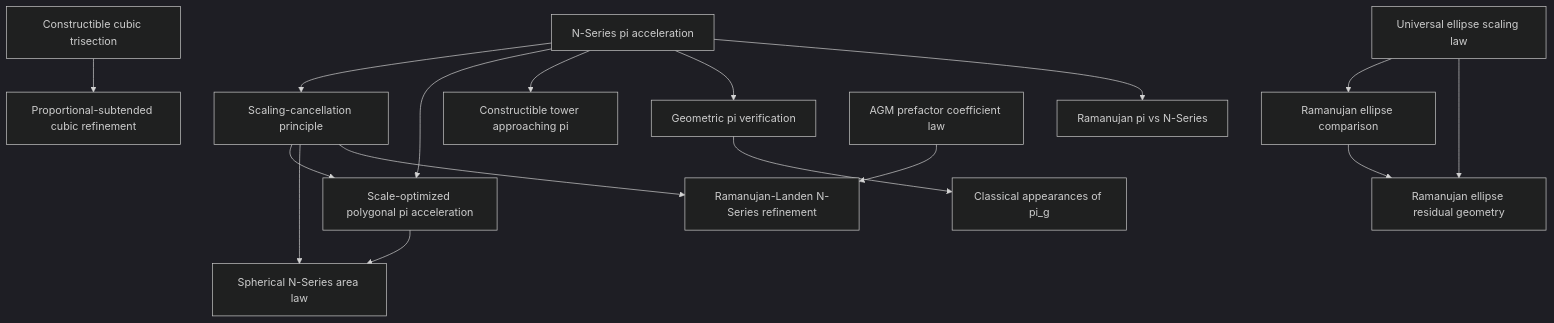
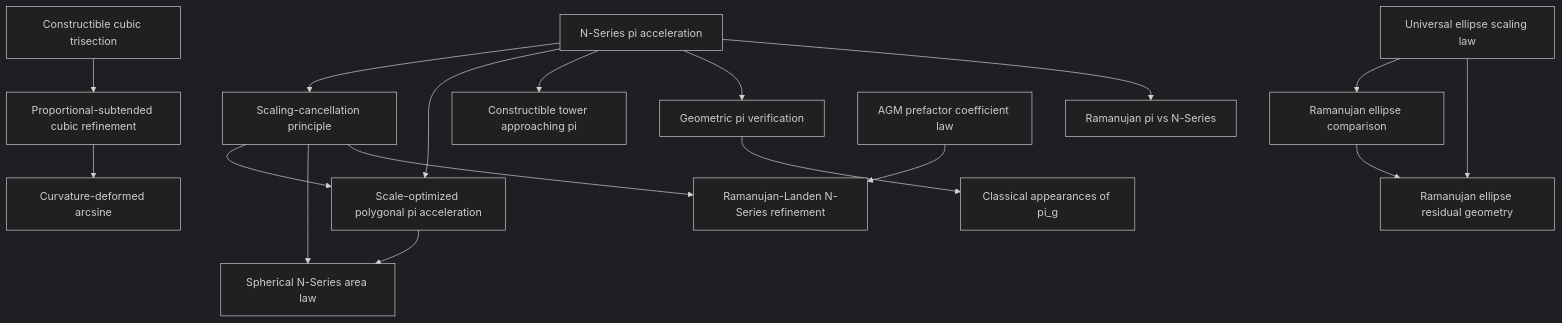
One commit to CWBaker360/geometric-approximation-theory-index changed the diagram in DEPENDENCY_GRAPH.md. Above: the diagram before and after it, drawn with Mermaid (dark theme). The commit also changed other lines of this file, not shown here.

Commit message:
Add curved-refinement branch to dependency graph

````diff
--- a/DEPENDENCY_GRAPH.md
+++ b/DEPENDENCY_GRAPH.md
@@ -3,22 +3,23 @@
 ```mermaid
 flowchart TD
     A[Constructible cubic trisection] --> B[Proportional-subtended cubic refinement]
+    B --> O[Curvature-deformed arcsine]
 
     C[N-Series pi acceleration] --> D[Scaling-cancellation principle]
     C --> E[Scale-optimized polygonal pi acceleration]
     D --> E
     D --> S[Spherical N-Series area law]
     E --> S
     C --> F[Constructible tower approaching pi]
 
     C --> G[Geometric pi verification]
     G --> H[Classical appearances of pi_g]
     C --> I[Ramanujan pi vs N-Series]
 
     J[AGM prefactor coefficient law] --> K[Ramanujan-Landen N-Series refinement]
     D --> K
 
     L[Universal ellipse scaling law] --> M[Ramanujan ellipse comparison]
     M --> N[Ramanujan ellipse residual geometry]
     L --> N
 ```
````
